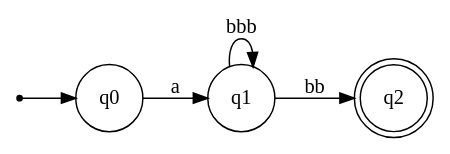
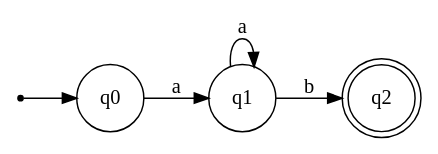
The diagram in a.dot (nicomercadoo/automata-interpreter), drawn with Graphviz before and after one commit. The commit also changed 5 other files, not shown here.

```diff
--- a/a.dot
+++ b/a.dot
@@ -1,21 +1,21 @@
 digraph {
     rankdir = LR;
     node [shape = circle];
     inic [shape=point];
 
     inic -> q0;
 
     q0 -> q1 [label = "a"];
-    q1 -> q1 [label="bbb"];
-    q1 -> q2 [label="bb"];
+    q1 -> q1 [label="a"];
+    q1 -> q2 [label="b"];
     q2 [shape=doublecircle];
 
     // aaaaccb
     // {a,b}
     // [a,a,a,a,b]
     // allmatches (/[^(a|b)]/)
     // [cc]
     // {a,u,t,o}
     // automata
     // a u t o mata
 }
```
